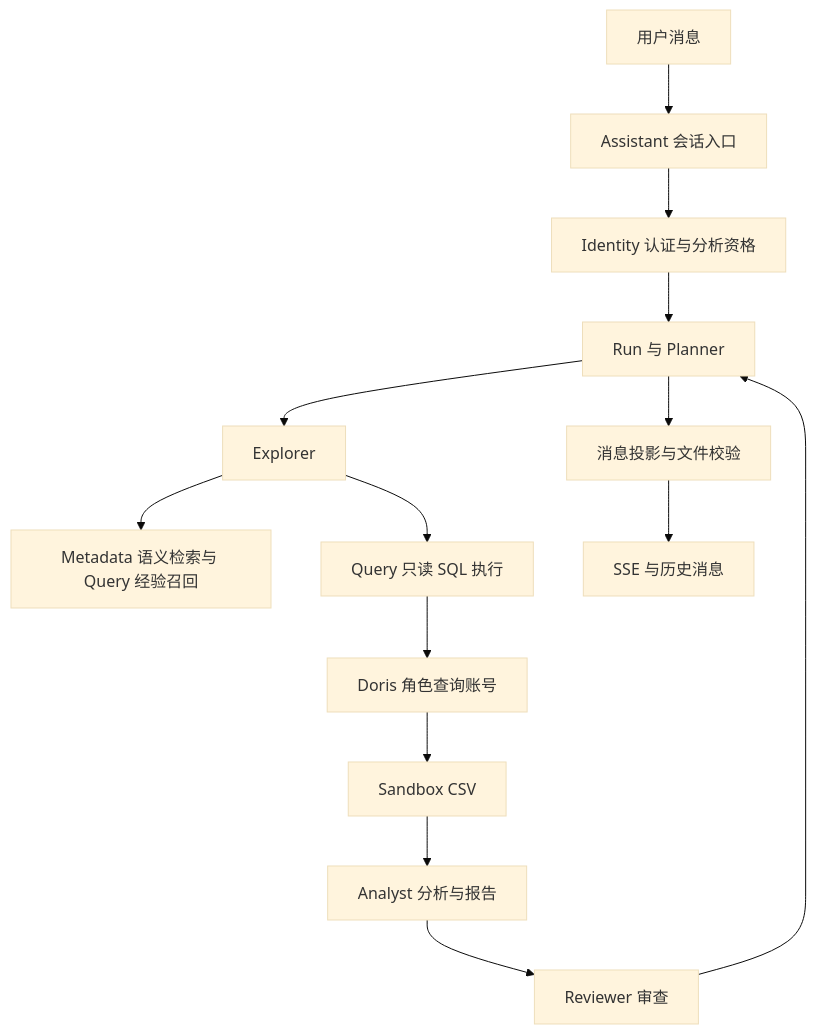
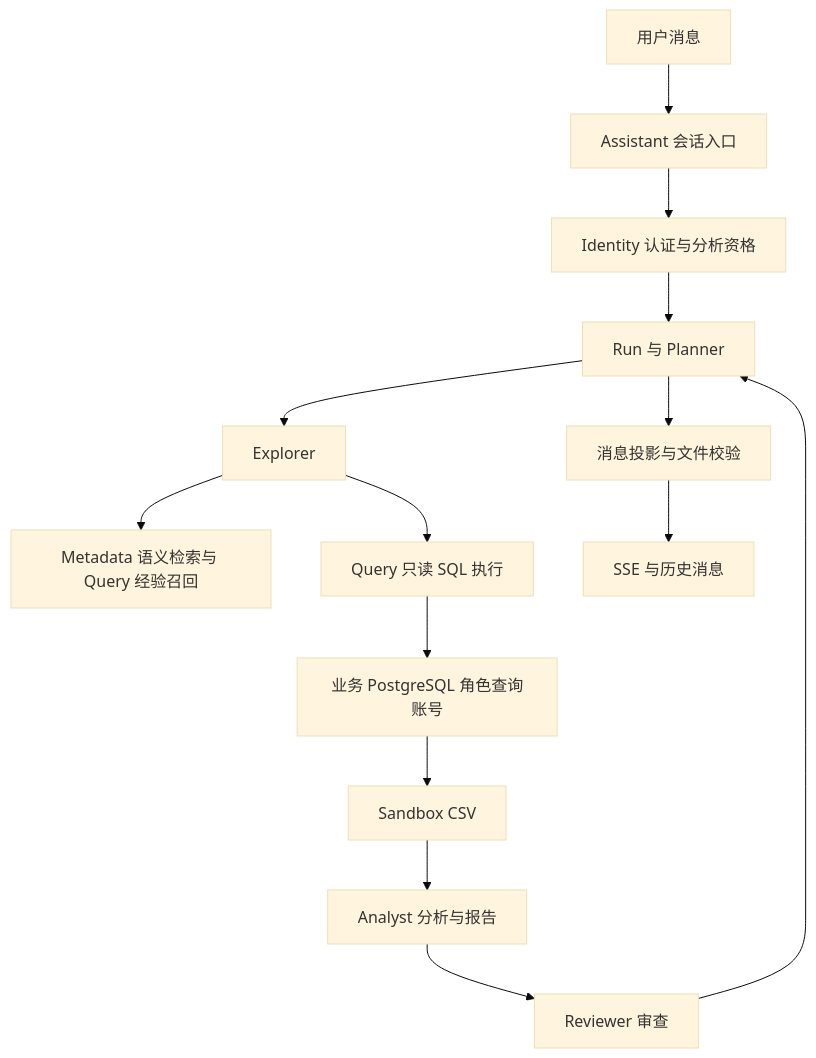
One commit to 2739673455/dataagent changed the diagram in docs/00_架构与协作总览.md. Above: the diagram before and after it, drawn with Mermaid (base theme). The commit also changed other lines of this file and 100 other files, not shown here.

Commit message:
Migrate the independent business data source to PostgreSQL

````diff
--- a/docs/00_架构与协作总览.md
+++ b/docs/00_架构与协作总览.md
@@ -133,16 +135,16 @@
 ```mermaid
 flowchart TD
     USER[用户消息] --> API[Assistant 会话入口]
     API --> AUTH[Identity 认证与分析资格]
     AUTH --> RUN[Run 与 Planner]
     RUN --> EXP[Explorer]
     EXP --> RECALL[Metadata 语义检索与 Query 经验召回]
     EXP --> SQL[Query 只读 SQL 执行]
-    SQL --> DORIS[Doris 角色查询账号]
-    DORIS --> CSV[Sandbox CSV]
+    SQL --> BUSINESS_PG[业务 PostgreSQL 角色查询账号]
+    BUSINESS_PG --> CSV[Sandbox CSV]
     CSV --> ANALYST[Analyst 分析与报告]
     ANALYST --> REVIEW[Reviewer 审查]
     REVIEW --> RUN
     RUN --> RESULT[消息投影与文件校验]
     RESULT --> SSE[SSE 与历史消息]
 ```
````
